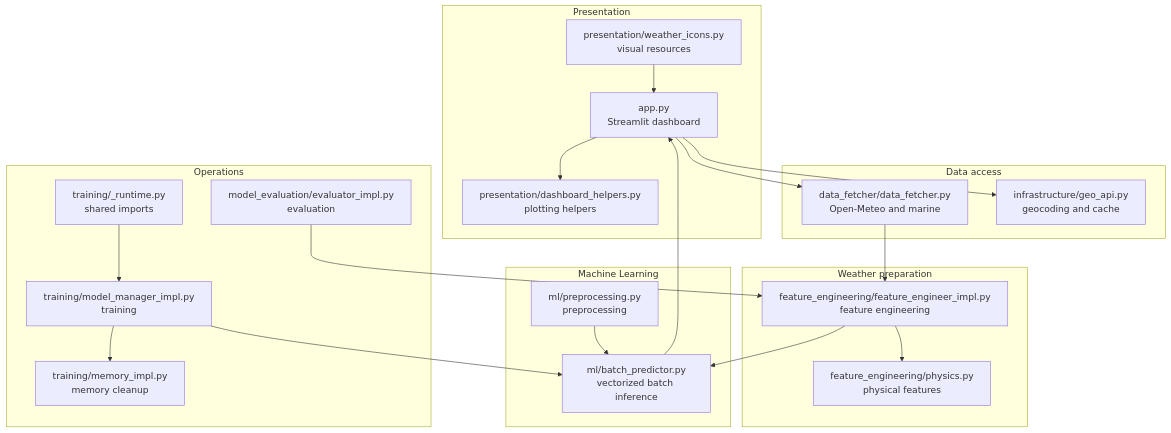
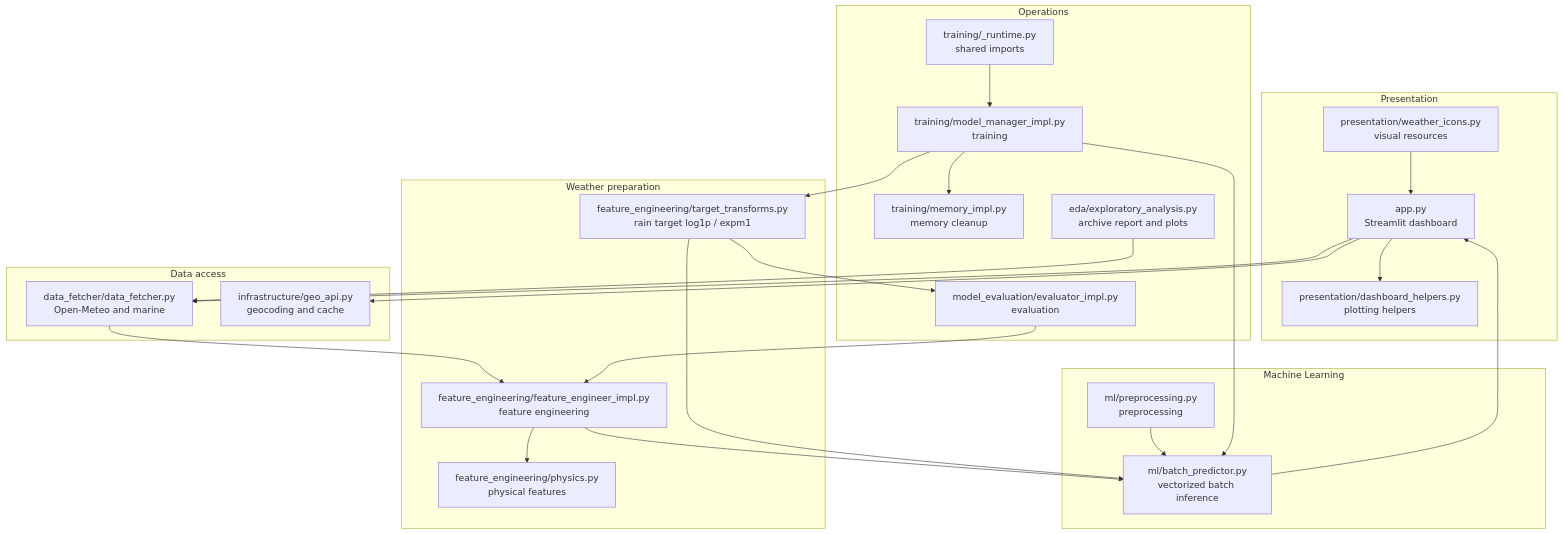
One commit to lucasbart1412/weather_forecasting changed the diagram in ARCHITECTURE.md. Above: the diagram before and after it, drawn with Mermaid. The commit also changed other lines of this file and 11 other files, not shown here.

````diff
--- a/ARCHITECTURE.md
+++ b/ARCHITECTURE.md
@@ -17,44 +17,50 @@
 ```mermaid
 graph TB
     subgraph Presentation["Presentation"]
         App["app.py\nStreamlit dashboard"]
         Dashboard["presentation/dashboard_helpers.py\nplotting helpers"]
         Icons["presentation/weather_icons.py\nvisual resources"]
     end
 
     subgraph Data["Data access"]
         Fetch["data_fetcher/data_fetcher.py\nOpen-Meteo and marine"]
         Geo["infrastructure/geo_api.py\ngeocoding and cache"]
     end
 
     subgraph Domain["Weather preparation"]
         Features["feature_engineering/feature_engineer_impl.py\nfeature engineering"]
         Physics["feature_engineering/physics.py\nphysical features"]
+        TargetTransform["feature_engineering/target_transforms.py\nrain target log1p / expm1"]
     end
 
     subgraph ML["Machine Learning"]
         Prep["ml/preprocessing.py\npreprocessing"]
         Inference["ml/batch_predictor.py\nvectorized batch inference"]
     end
 
     subgraph Operations["Operations"]
         Train["training/model_manager_impl.py\ntraining"]
         Runtime["training/_runtime.py\nshared imports"]
         Memory["training/memory_impl.py\nmemory cleanup"]
         Eval["model_evaluation/evaluator_impl.py\nevaluation"]
+        EDA["eda/exploratory_analysis.py\narchive report and plots"]
     end
 
     App --> Fetch
     App --> Geo
     App --> Dashboard
     Fetch --> Features
     Features --> Physics
     Features --> Inference
+    Train --> TargetTransform
+    TargetTransform --> Inference
+    TargetTransform --> Eval
+    EDA --> Fetch
     Prep --> Inference
     Inference --> App
     Train --> Inference
     Train --> Memory
     Runtime --> Train
     Eval --> Features
     Icons --> App
 ```
````
